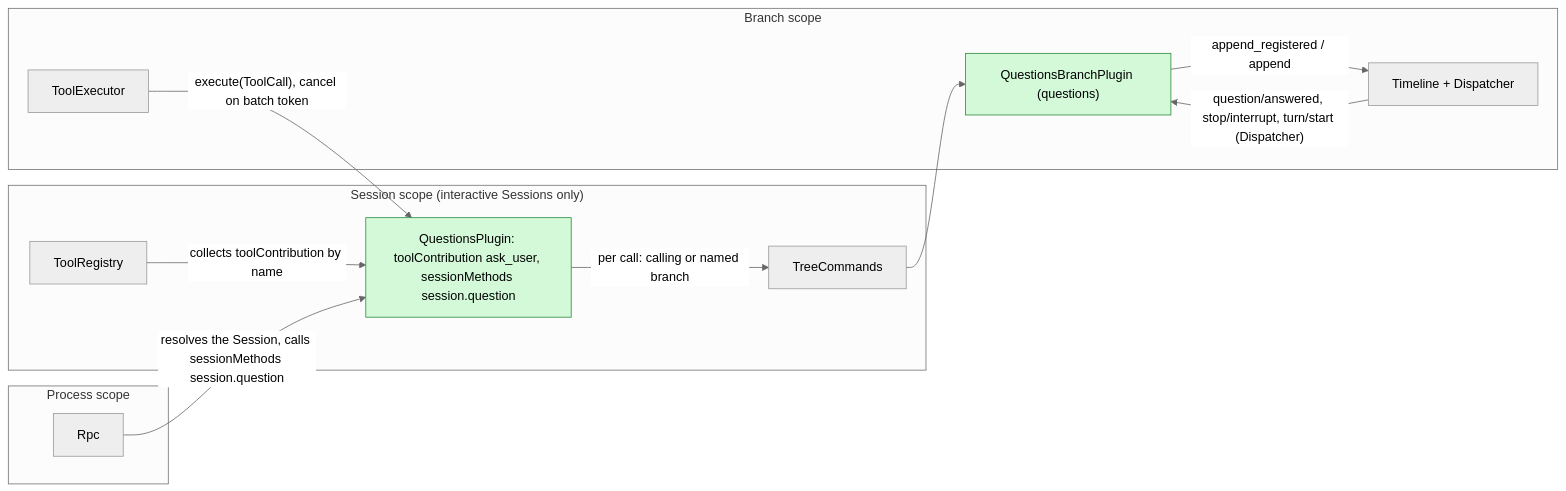
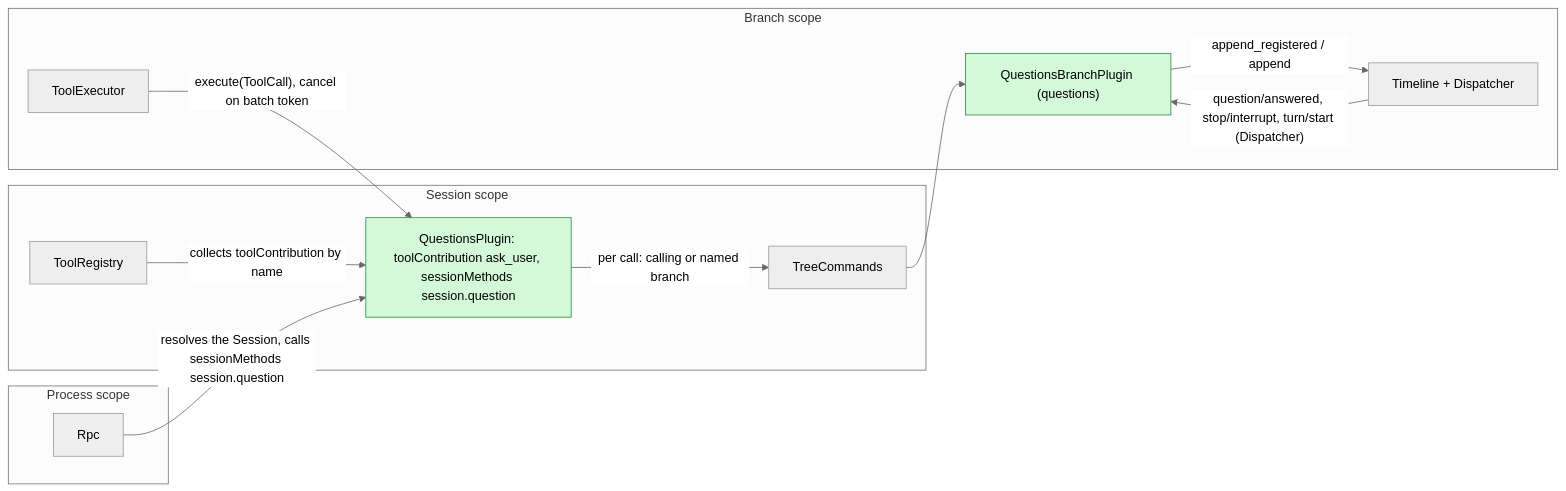
Before and after one commit to CoutinhoTTS/dim-agent: the first of 6 diagrams in docs/design/plugins/Questions.md, drawn with Mermaid (neutral theme). The commit also changed other lines of this file and 27 other files, not shown here.

````diff
--- a/docs/design/plugins/Questions.md
+++ b/docs/design/plugins/Questions.md
@@ -11,24 +11,24 @@
 ```mermaid
 flowchart LR
-  subgraph S["Session scope (interactive Sessions only)"]
+  subgraph S["Session scope"]
     QS["QuestionsPlugin: toolContribution ask_user, sessionMethods session.question"]:::new
     TR["ToolRegistry"]
     TC["TreeCommands"]
   end
   subgraph P["Process scope"]
     RPC["Rpc"]
   end
   subgraph B["Branch scope"]
     QB["QuestionsBranchPlugin (questions)"]:::new
     TE["ToolExecutor"]
     TL["Timeline + Dispatcher"]
   end
   TR -- "collects toolContribution by name" --> QS
   RPC -- "resolves the Session, calls sessionMethods session.question" --> QS
   QS -- "per call: calling or named branch" --> TC
   TC --> QB
   TE -- "execute(ToolCall), cancel on batch token" --> QS
   QB -- "append_registered / append" --> TL
   TL -- "question/answered, stop/interrupt, turn/start (Dispatcher)" --> QB
   classDef new fill:#d3f9d8,stroke:#2b8a3e,color:#000
 ```
````
